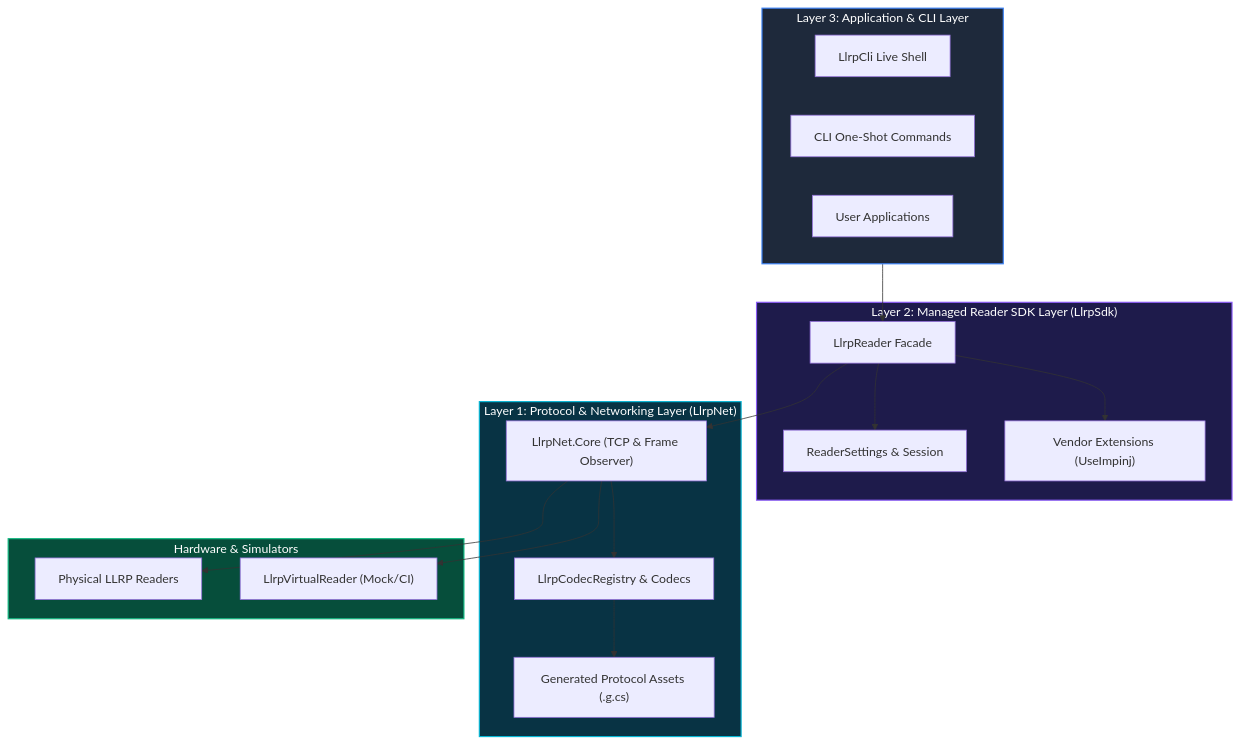
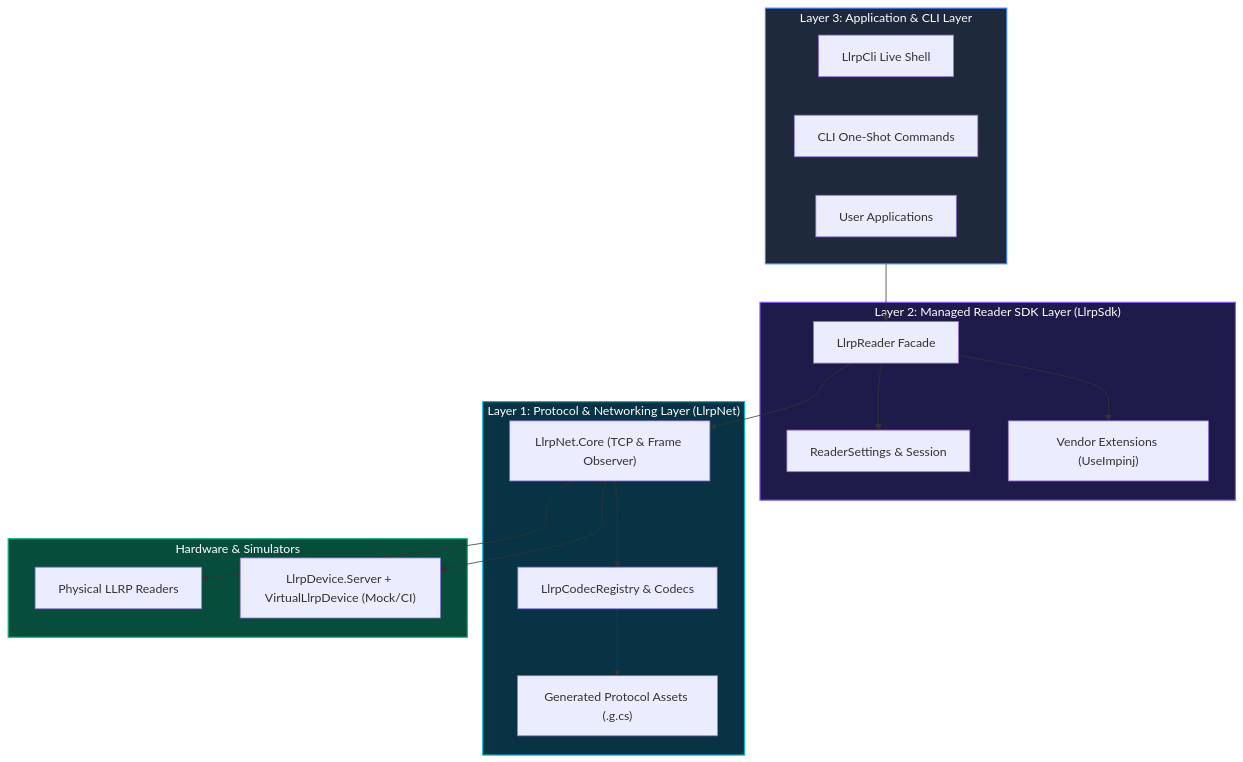
One commit to newton5555/LLRPCSharp changed the second of 2 diagrams in docs/architecture/overview.md. Above: the diagram before and after it, drawn with Mermaid. The commit also changed other lines of this file and 73 other files, not shown here.

Commit message:
feat: complete LLRP 1.0.1 virtual device

````diff
--- a/docs/architecture/overview.md
+++ b/docs/architecture/overview.md
@@ -90,39 +116,39 @@
 ```mermaid
 graph TB
     subgraph Layer3["Layer 3: Application & CLI Layer"]
         CLI["LlrpCli Live Shell"]
         Scripts["CLI One-Shot Commands"]
         App["User Applications"]
     end
 
     subgraph Layer2["Layer 2: Managed Reader SDK Layer (LlrpSdk)"]
         Reader["LlrpReader Facade"]
         Settings["ReaderSettings & Session"]
         Extensions["Vendor Extensions (UseImpinj)"]
     end
 
     subgraph Layer1["Layer 1: Protocol & Networking Layer (LlrpNet)"]
         Core["LlrpNet.Core (TCP & Frame Observer)"]
         Registry["LlrpCodecRegistry & Codecs"]
         Assets["Generated Protocol Assets (.g.cs)"]
     end
 
     subgraph Devices["Hardware & Simulators"]
         Physical["Physical LLRP Readers"]
-        Virtual["LlrpVirtualReader (Mock/CI)"]
+        Virtual["LlrpDevice.Server + VirtualLlrpDevice (Mock/CI)"]
     end
 
     Layer3 --> Reader
     Reader --> Settings
     Reader --> Extensions
     Reader --> Core
     Core --> Registry
     Registry --> Assets
     Core --> Physical
     Core --> Virtual
 
     style Layer3 fill:#1e293b,stroke:#3b82f6,stroke-width:1.5px,color:#fff
     style Layer2 fill:#1e1b4b,stroke:#8b5cf6,stroke-width:1.5px,color:#fff
     style Layer1 fill:#083344,stroke:#06b6d4,stroke-width:1.5px,color:#fff
     style Devices fill:#064e3b,stroke:#10b981,stroke-width:1.5px,color:#fff
 ```
````
